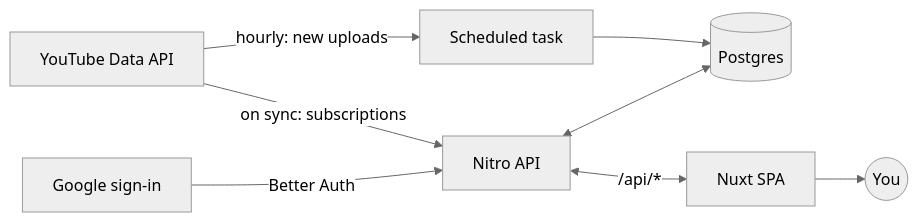
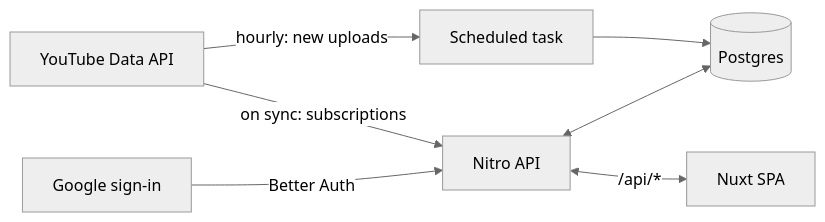
One commit to replikduplik/your-timeline-site changed the diagram in README.md. Above: the diagram before and after it, drawn with Mermaid (neutral theme).

Commit message:
docs: simplify architecture diagram

````diff
--- a/README.md
+++ b/README.md
@@ -64,10 +64,9 @@
 ```mermaid
 flowchart LR
     YT["YouTube Data API"] -->|"hourly: new uploads"| JOB[Scheduled task]
     YT -->|"on sync: subscriptions"| API[Nitro API]
     JOB --> PG[(Postgres)]
     API <--> PG
     API <-->|"/api/*"| WEB[Nuxt SPA]
     G["Google sign-in"] -->|Better Auth| API
-    WEB --> U((You))
 ```
````
